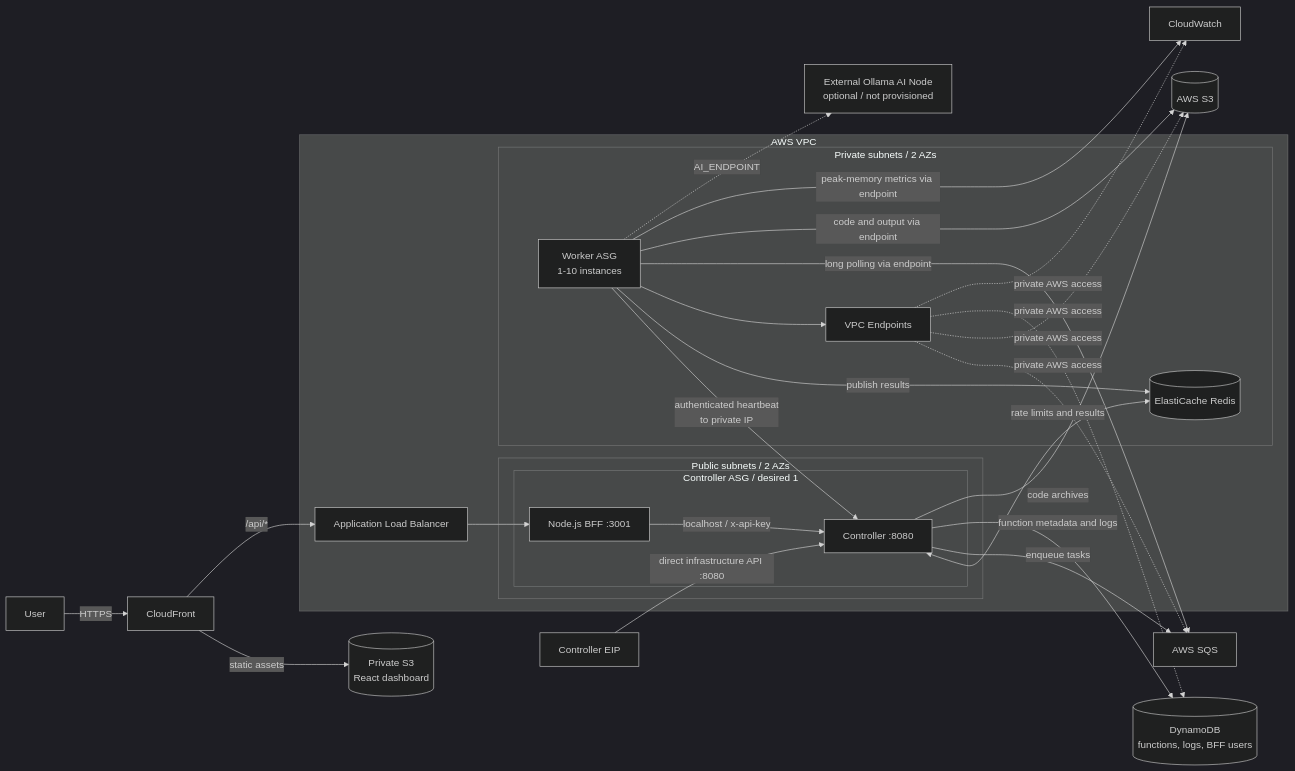
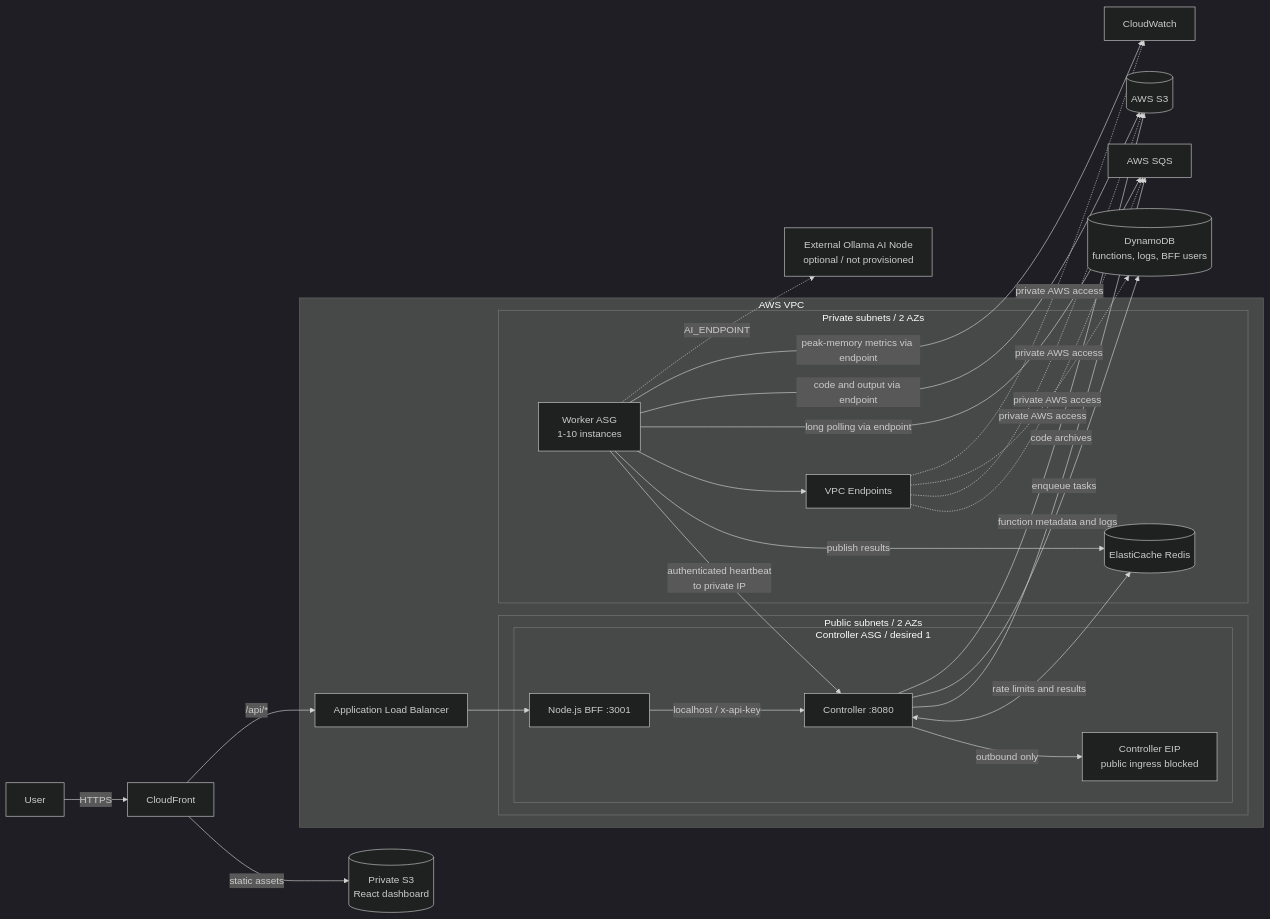
Before and after one commit to sangmu1126/FaaS-Platform: the first of 2 diagrams in README.md, drawn with Mermaid (dark theme). The commit also changed 7 other files, not shown here.

Commit message:
restrict controller API to private traffic

````diff
--- a/README.md
+++ b/README.md
@@ -18,47 +18,47 @@
 ```mermaid
 flowchart LR
     User[User] -->|HTTPS| CF[CloudFront]
     CF -->|static assets| Web[(Private S3<br/>React dashboard)]
     CF -->|/api/*| ALB[Application Load Balancer]
-    EIP[Controller EIP] -->|direct infrastructure API :8080| Controller
 
     subgraph VPC[AWS VPC]
         subgraph Public[Public subnets / 2 AZs]
             subgraph Host[Controller ASG / desired 1]
                 BFF[Node.js BFF :3001]
                 Controller[Controller :8080]
                 BFF -->|localhost / x-api-key| Controller
+                Controller -->|outbound only| EIP[Controller EIP<br/>public ingress blocked]
             end
         end
 
         subgraph Private[Private subnets / 2 AZs]
             Worker[Worker ASG<br/>1-10 instances]
             Redis[(ElastiCache Redis)]
             Endpoints[VPC Endpoints]
         end
 
         ALB --> BFF
         Worker -->|authenticated heartbeat<br/>to private IP| Controller
         Controller <-->|rate limits and results| Redis
         Worker -->|publish results| Redis
         Worker --> Endpoints
     end
 
     SQS[AWS SQS]
     S3[(AWS S3)]
     DDB[(DynamoDB<br/>functions, logs, BFF users)]
     CW[CloudWatch]
     AI[External Ollama AI Node<br/>optional / not provisioned]
 
     Controller -->|enqueue tasks| SQS
     Controller -->|function metadata and logs| DDB
     Controller -->|code archives| S3
     Worker -->|long polling via endpoint| SQS
     Worker -->|code and output via endpoint| S3
     Worker -->|peak-memory metrics via endpoint| CW
     Endpoints -. private AWS access .-> SQS
     Endpoints -. private AWS access .-> S3
     Endpoints -. private AWS access .-> DDB
     Endpoints -. private AWS access .-> CW
     Worker -. AI_ENDPOINT .-> AI
 ```
````
